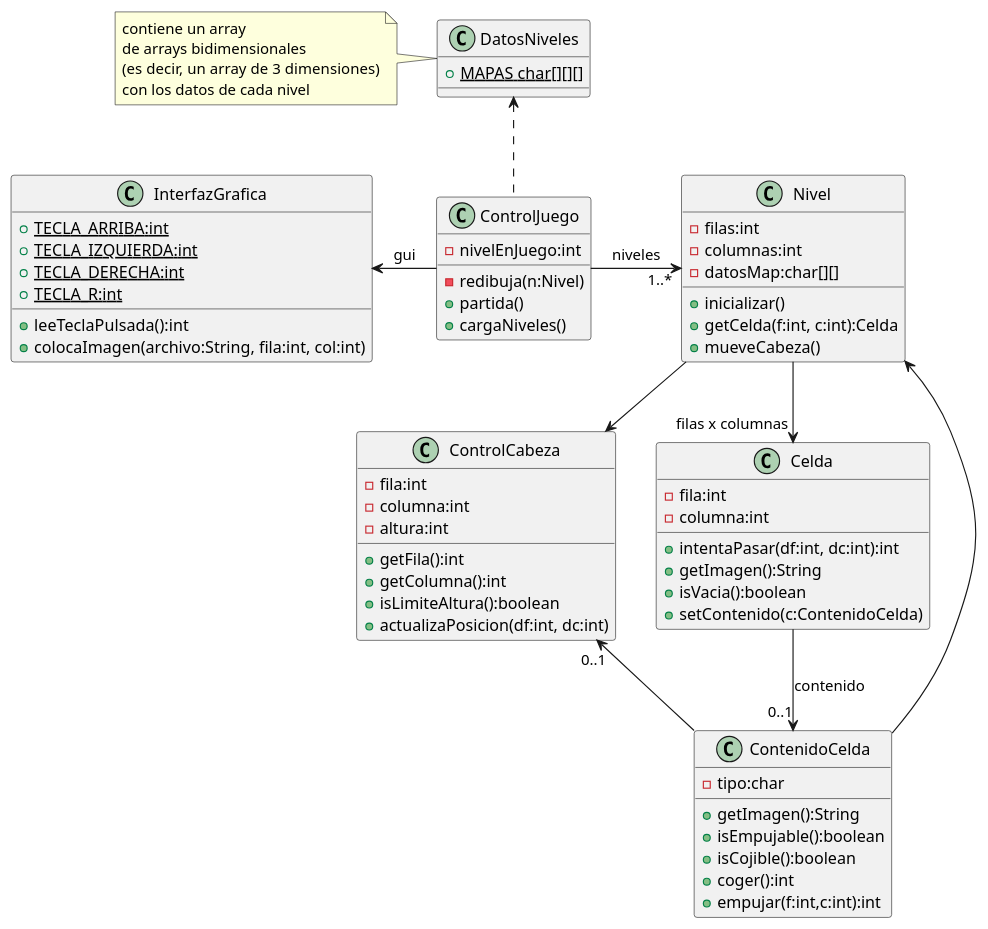
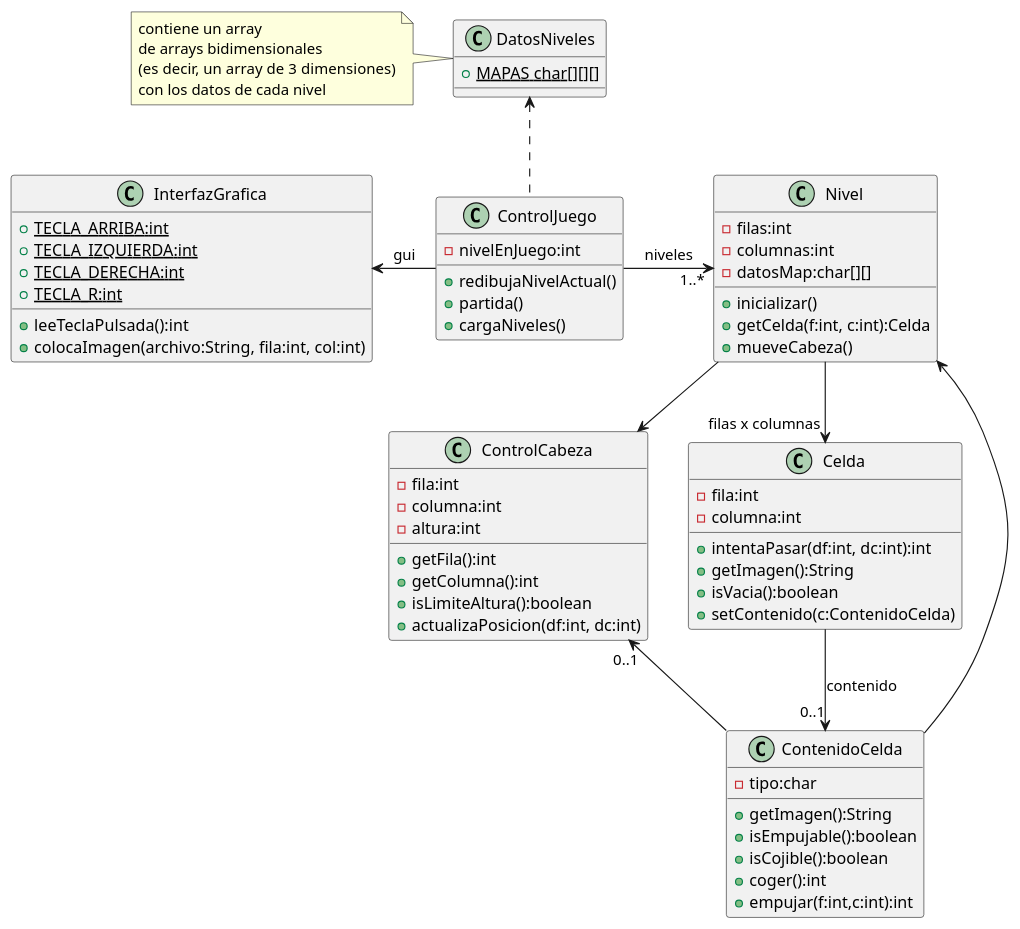
Before and after one commit to mariomac/limerick: the diagram in uml.plantuml, drawn with PlantUML. The commit also changed 6 other files, not shown here.

```diff
--- a/uml.plantuml
+++ b/uml.plantuml
@@ -1,79 +1,79 @@
 @startuml
 
 
 class InterfazGrafica {
     +{static} TECLA_ARRIBA:int
     +{static} TECLA_IZQUIERDA:int
     +{static} TECLA_DERECHA:int
     +{static} TECLA_R:int
     +leeTeclaPulsada():int
     +colocaImagen(archivo:String, fila:int, col:int)
 }
 
 class ControlJuego {
     -nivelEnJuego:int
-    -redibuja(n:Nivel)
+    +redibujaNivelActual()
     +partida()
     +cargaNiveles()
 }
 
 class Nivel {
     -filas:int
     -columnas:int
     -datosMap:char[][]
     +inicializar()
     +getCelda(f:int, c:int):Celda
     +mueveCabeza()
 }
 
 class Celda {
     -fila:int
     -columna:int
     +intentaPasar(df:int, dc:int):int
     +getImagen():String
     +isVacia():boolean
     +setContenido(c:ContenidoCelda)
 }
 
 class ControlCabeza {
     -fila:int
     -columna:int
     -altura:int
     +getFila():int
     +getColumna():int
     +isLimiteAltura():boolean
     +actualizaPosicion(df:int, dc:int)
 }
 
 note as N1
     contiene un array
     de arrays bidimensionales
     (es decir, un array de 3 dimensiones)
     con los datos de cada nivel
 end note
 
 class DatosNiveles {
     +{static} MAPAS char[][][]
 }
 
 N1 .right. DatosNiveles
 ControlJuego .up.> DatosNiveles
 ControlJuego -left-> InterfazGrafica : gui
 ControlJuego -> "1..*" Nivel : niveles
 ContenidoCelda -up-> Nivel
 
 Nivel --> "filas x columnas" Celda
 Nivel --> ControlCabeza
 
 class ContenidoCelda {
     -tipo:char
     +getImagen():String
     +isEmpujable():boolean
     +isCojible():boolean
     +coger():int
     +empujar(f:int,c:int):int
 }
 
 Celda --> "0..1" ContenidoCelda: contenido
 ContenidoCelda -up-> "0..1" ControlCabeza
 @enduml
```
